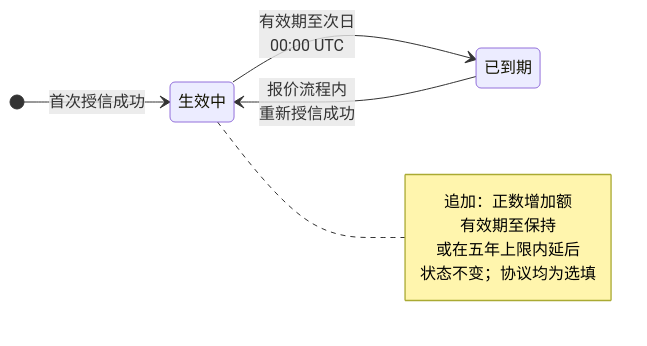
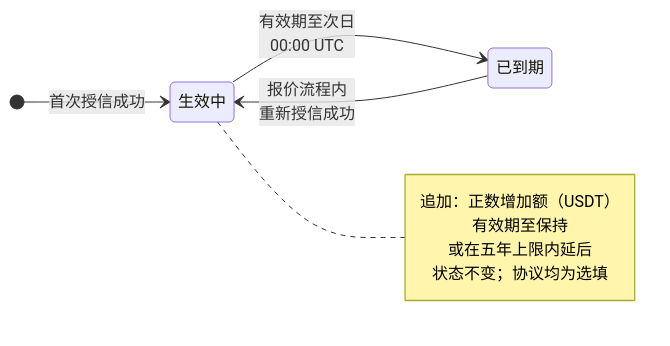
The seventh of 10 diagrams in lending-platform/PRD/面客端/06-借贷广场-授信报价与接受拒绝/02-授信报价与接受拒绝-流程图与状态机.md (wxblockchain/Chain-Financing), drawn with Mermaid before and after one commit. The commit also changed other lines of this file and 5 other files, not shown here.

````diff
--- a/lending-platform/PRD/面客端/06-借贷广场-授信报价与接受拒绝/02-授信报价与接受拒绝-流程图与状态机.md
+++ b/lending-platform/PRD/面客端/06-借贷广场-授信报价与接受拒绝/02-授信报价与接受拒绝-流程图与状态机.md
@@ -140,15 +198,15 @@
 ```mermaid
 stateDiagram-v2
   direction LR
   state "生效中" as ACTIVE
   state "已到期" as EXPIRED
   [*] --> ACTIVE: 首次授信成功
   ACTIVE --> EXPIRED: 有效期至次日<br/>00:00 UTC
   EXPIRED --> ACTIVE: 报价流程内<br/>重新授信成功
   note right of ACTIVE
-    追加：正数增加额
+    追加：正数增加额（USDT）
     有效期至保持
     或在五年上限内延后
     状态不变；协议均为选填
   end note
 ```
````
